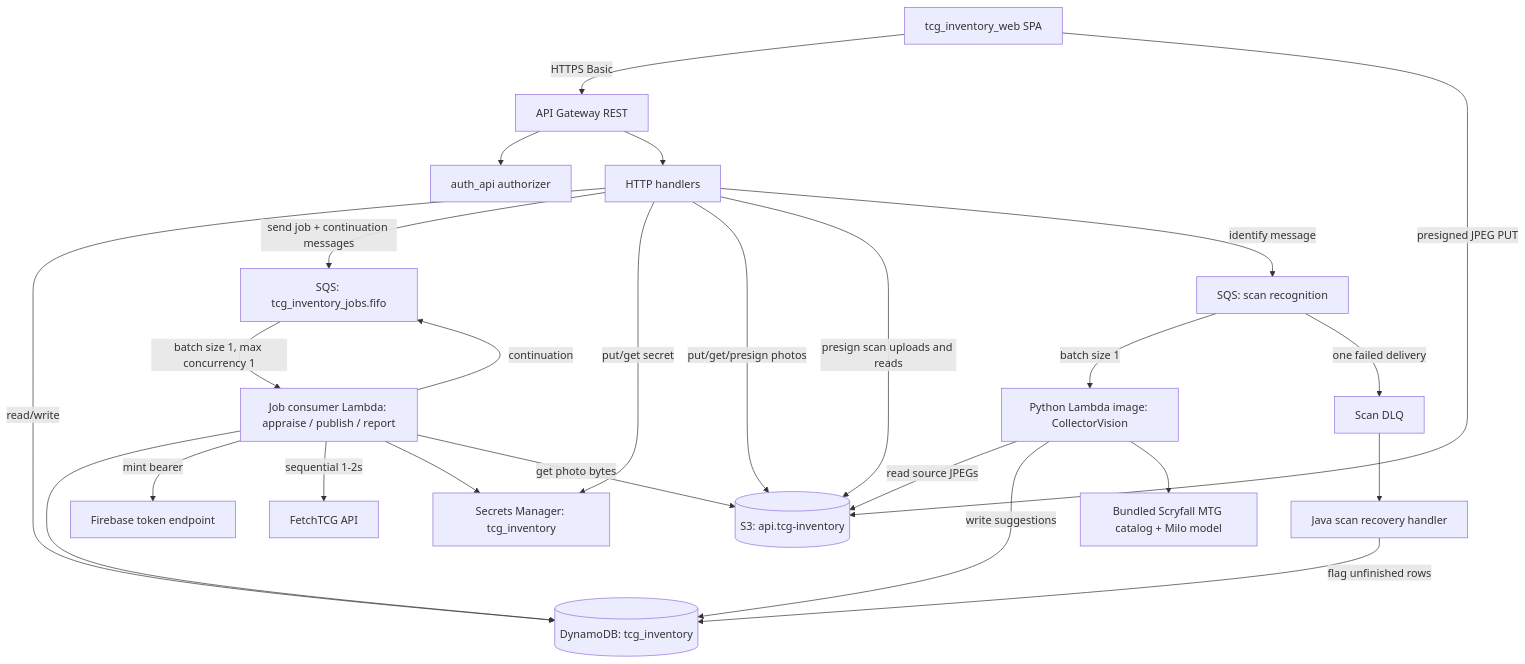
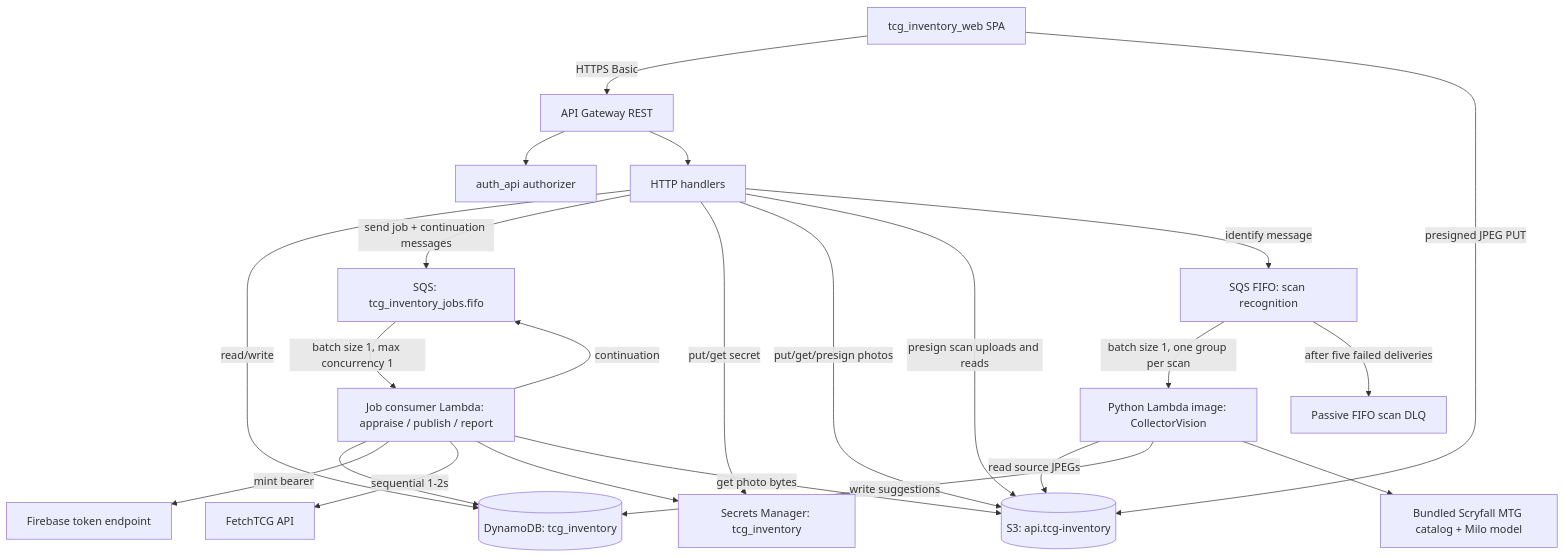
One commit to jordansimsmith/jordansimsmith-com changed the first of 3 diagrams in tcg_inventory_api/README.md. Above: the diagram before and after it, drawn with Mermaid. The commit also changed other lines of this file and 14 other files, not shown here.

Commit message:
Simplify scan recognition worker

````diff
--- a/tcg_inventory_api/README.md
+++ b/tcg_inventory_api/README.md
@@ -60,27 +60,25 @@
 ```mermaid
 flowchart TD
   web[tcg_inventory_web SPA] -->|HTTPS Basic| apigw[API Gateway REST]
   apigw --> authz[auth_api authorizer]
   apigw --> http[HTTP handlers]
   http -->|read/write| ddb[(DynamoDB: tcg_inventory)]
   http -->|send job + continuation messages| sqs[SQS: tcg_inventory_jobs.fifo]
   sqs -->|batch size 1, max concurrency 1| jobs[Job consumer Lambda: appraise / publish / report]
   jobs --> ddb
   jobs -->|continuation| sqs
   jobs -->|mint bearer| firebase[Firebase token endpoint]
   jobs -->|sequential 1-2s| fetchtcg[FetchTCG API]
   http -->|put/get secret| secrets[Secrets Manager: tcg_inventory]
   jobs --> secrets
   http -->|put/get/presign photos| s3[(S3: api.tcg-inventory)]
   jobs -->|get photo bytes| s3
   http -->|presign scan uploads and reads| s3
   web -->|presigned JPEG PUT| s3
-  http -->|identify message| scansqs[SQS: scan recognition]
-  scansqs -->|batch size 1| scanworker[Python Lambda image: CollectorVision]
-  scansqs -->|one failed delivery| scandlq[Scan DLQ]
-  scandlq --> scanrecovery[Java scan recovery handler]
-  scanrecovery -->|flag unfinished rows| ddb
+  http -->|identify message| scansqs[SQS FIFO: scan recognition]
+  scansqs -->|batch size 1, one group per scan| scanworker[Python Lambda image: CollectorVision]
+  scansqs -->|after five failed deliveries| scandlq[Passive FIFO scan DLQ]
   scanworker -->|read source JPEGs| s3
   scanworker -->|write suggestions| ddb
   scanworker --> catalog[Bundled Scryfall MTG catalog + Milo model]
 ```
````
